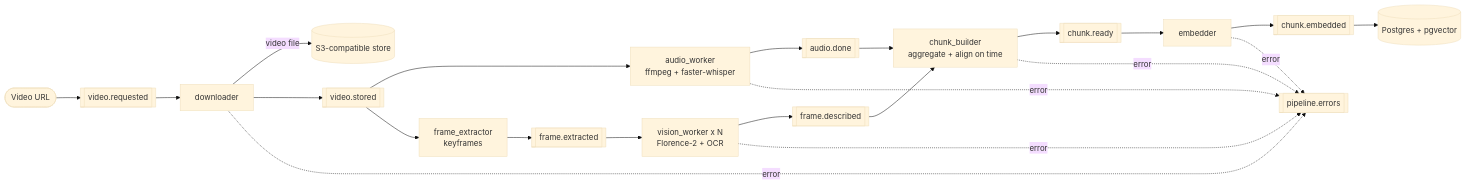
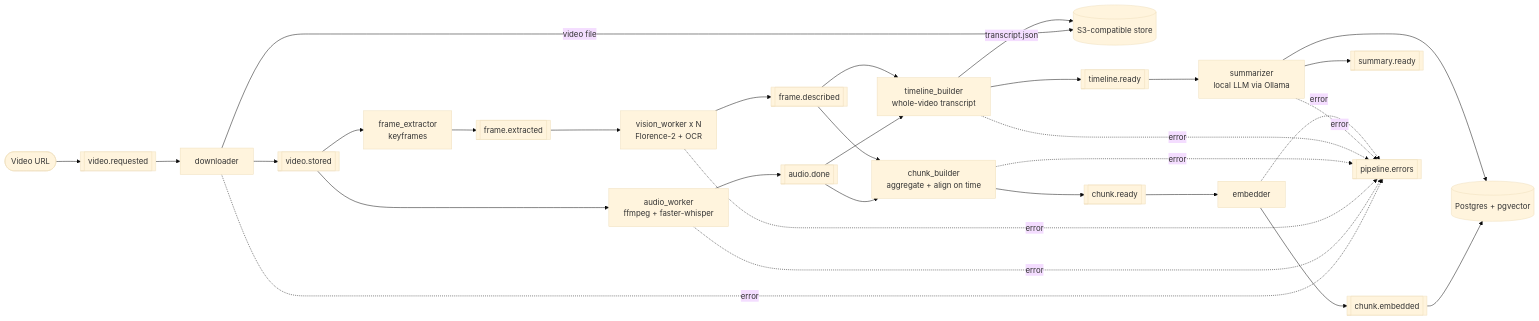
The second of 4 diagrams in README.md (Damien4822/DEProj_Video_Analytics_Platform), drawn with Mermaid (base theme) before and after one commit. The commit also changed other lines of this file and 22 other files, not shown here.

````diff
--- a/README.md
+++ b/README.md
@@ -84,28 +86,38 @@
 ```mermaid
 flowchart LR
     U([Video URL]) --> T1[[video.requested]]
     T1 --> DL[downloader]
     DL -->|video file| S3[(S3-compatible store)]
     DL --> T2[[video.stored]]
 
     T2 --> AW[audio_worker<br/>ffmpeg + faster-whisper]
     T2 --> FE[frame_extractor<br/>keyframes]
 
     AW --> T3[[audio.done]]
     FE --> T4[[frame.extracted]]
     T4 --> VW[vision_worker x N<br/>Florence-2 + OCR]
     VW --> T5[[frame.described]]
 
     T3 --> CB[chunk_builder<br/>aggregate + align on time]
     T5 --> CB
     CB --> T6[[chunk.ready]]
     T6 --> EM[embedder]
     EM --> T7[[chunk.embedded]]
     T7 --> PG[(Postgres + pgvector)]
 
+    T3 --> TB[timeline_builder<br/>whole-video transcript]
+    T5 --> TB
+    TB -->|transcript.json| S3
+    TB --> T8[[timeline.ready]]
+    T8 --> SM[summarizer<br/>local LLM via Ollama]
+    SM --> T9[[summary.ready]]
+    SM --> PG
+
     DL -.error.-> ERR[[pipeline.errors]]
     AW -.error.-> ERR
     VW -.error.-> ERR
     CB -.error.-> ERR
+    TB -.error.-> ERR
+    SM -.error.-> ERR
     EM -.error.-> ERR
 ```
````
